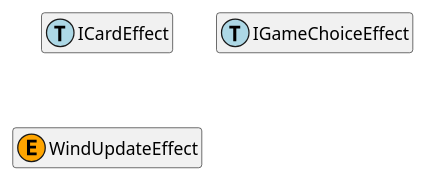
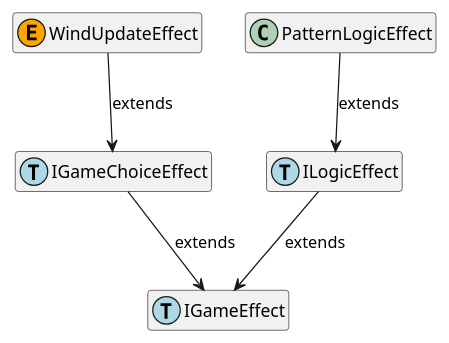
Before and after one commit to Fight-Fire-With-Scala/Scala-Fire-Tower: the fourth of 5 diagrams in src/main/asciidoc/rickModel.adoc, drawn with PlantUML. The commit also changed other lines of this file and 1 other file, not shown here.

```diff
--- a/src/main/asciidoc/rickModel.adoc
+++ b/src/main/asciidoc/rickModel.adoc
@@ -72,10 +141,17 @@
 [plantuml, solvers, format="svg"]
 ----
 @startuml
 hide empty members
 skinparam shadowing false
 
-class ICardEffect << (T, lightblue) >>
+class IGameEffect << (T, lightblue) >>
 class IGameChoiceEffect << (T, lightblue) >>
 class WindUpdateEffect << (E, orange) >>
+class ILogicEffect << (T, lightblue) >>
+class PatternLogicEffect
+
+IGameChoiceEffect  --> IGameEffect: extends
+ILogicEffect       --> IGameEffect: extends
+WindUpdateEffect   --> IGameChoiceEffect: extends
+PatternLogicEffect --> ILogicEffect: extends
 ----
```
